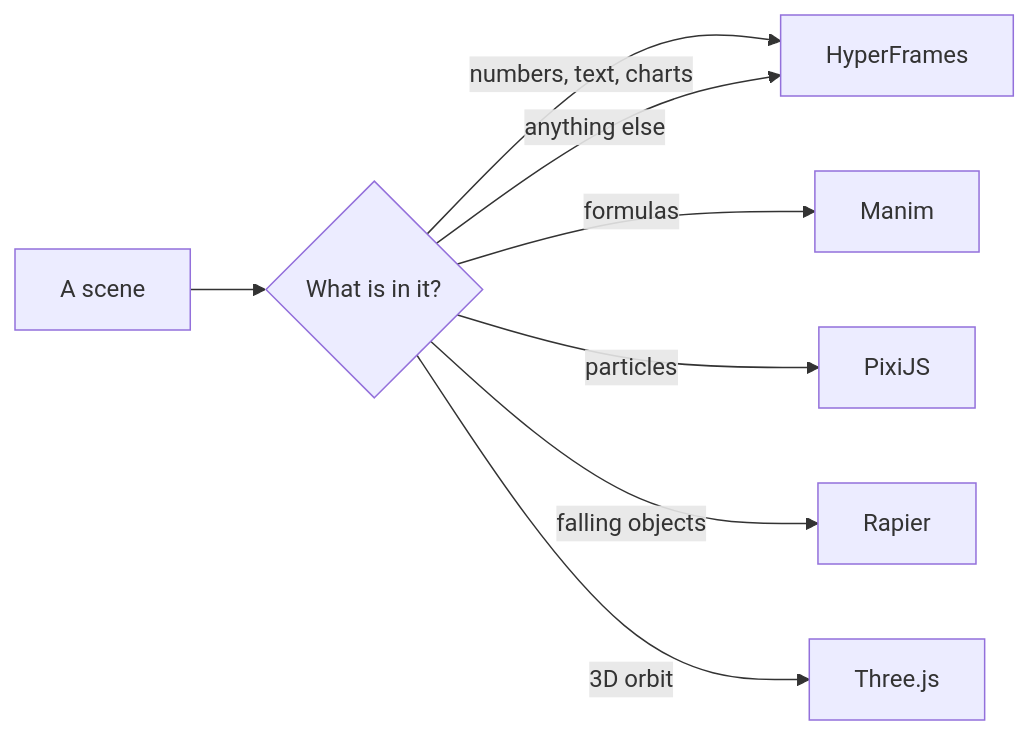
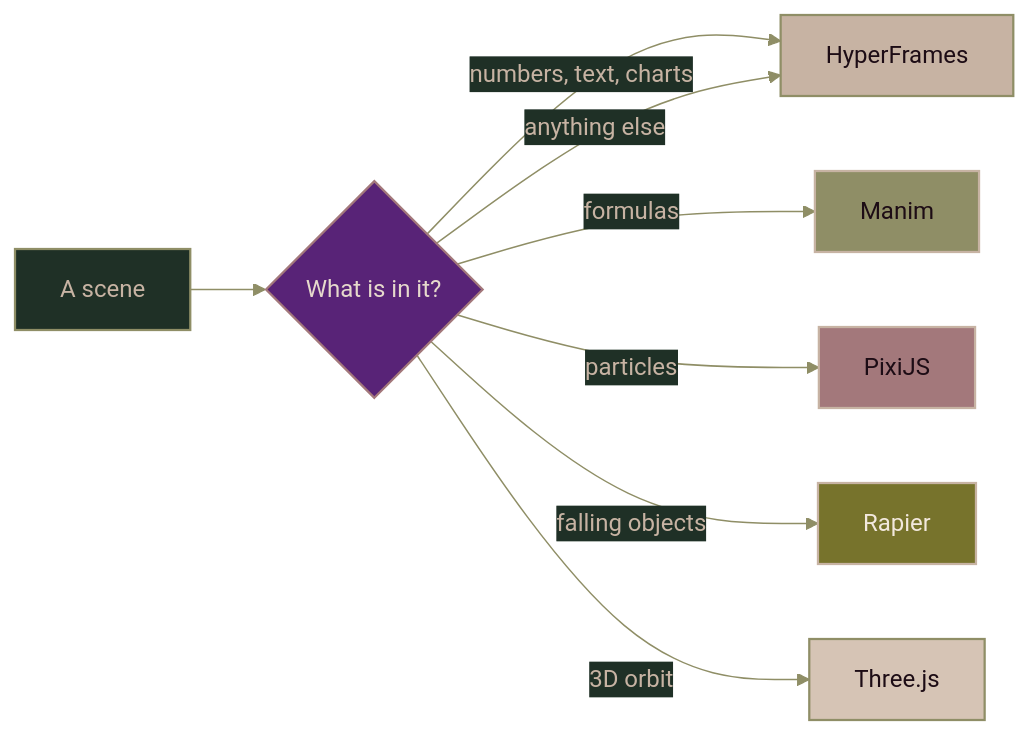
Before and after one commit to jenny-gecglr/code-video-scene-tool-picker: the diagram in README.md, drawn with Mermaid. The commit also changed other lines of this file and 2 other files, not shown here.

Commit message:
Add Flow-generated banner, credits and themed diagram

````diff
--- a/README.md
+++ b/README.md
@@ -19,10 +19,25 @@
 ```mermaid
+%%{init: {"theme":"base","themeVariables":{"fontFamily":"Georgia, serif","primaryColor":"#1F3026","primaryTextColor":"#C7B3A3","primaryBorderColor":"#8F8E66","lineColor":"#8F8E66","tertiaryTextColor":"#C7B3A3","edgeLabelBackground":"#1F3026"}}}%%
 flowchart LR
     S["A scene"] --> Q1{"What is in it?"}
     Q1 -- "numbers, text, charts" --> H["HyperFrames"]
     Q1 -- "formulas" --> M["Manim"]
     Q1 -- "particles" --> P["PixiJS"]
     Q1 -- "falling objects" --> R["Rapier"]
     Q1 -- "3D orbit" --> T["Three.js"]
     Q1 -- "anything else" --> H
+    classDef base fill:#1F3026,stroke:#8F8E66,color:#C7B3A3,stroke-width:1.5px
+    classDef ask fill:#582377,stroke:#A3787B,color:#E6D9CC,stroke-width:1.5px
+    classDef t1 fill:#C7B3A3,stroke:#8F8E66,color:#1D0C15,stroke-width:1.5px
+    classDef t2 fill:#8F8E66,stroke:#C7B3A3,color:#1D0C15,stroke-width:1.5px
+    classDef t3 fill:#A3787B,stroke:#C7B3A3,color:#1D0C15,stroke-width:1.5px
+    classDef t4 fill:#77732C,stroke:#C7B3A3,color:#F2E8DD,stroke-width:1.5px
+    classDef t5 fill:#D6C4B5,stroke:#8F8E66,color:#1D0C15,stroke-width:1.5px
+    class S base
+    class Q1 ask
+    class H t1
+    class M t2
+    class P t3
+    class R t4
+    class T t5
 ```
````
